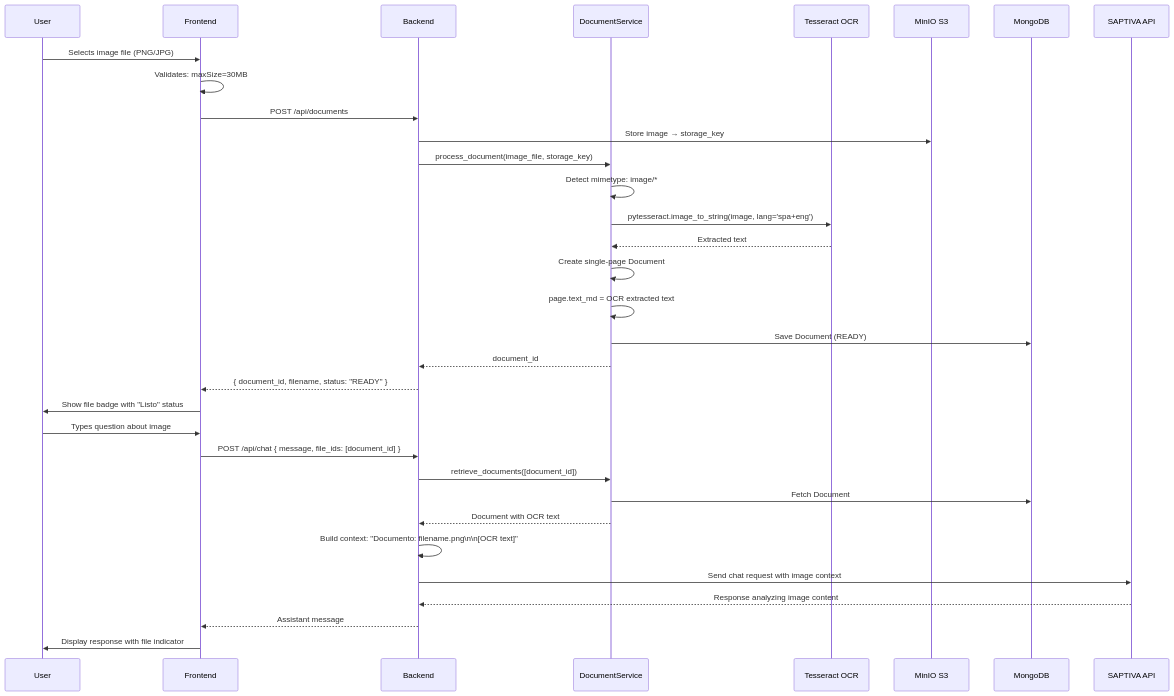
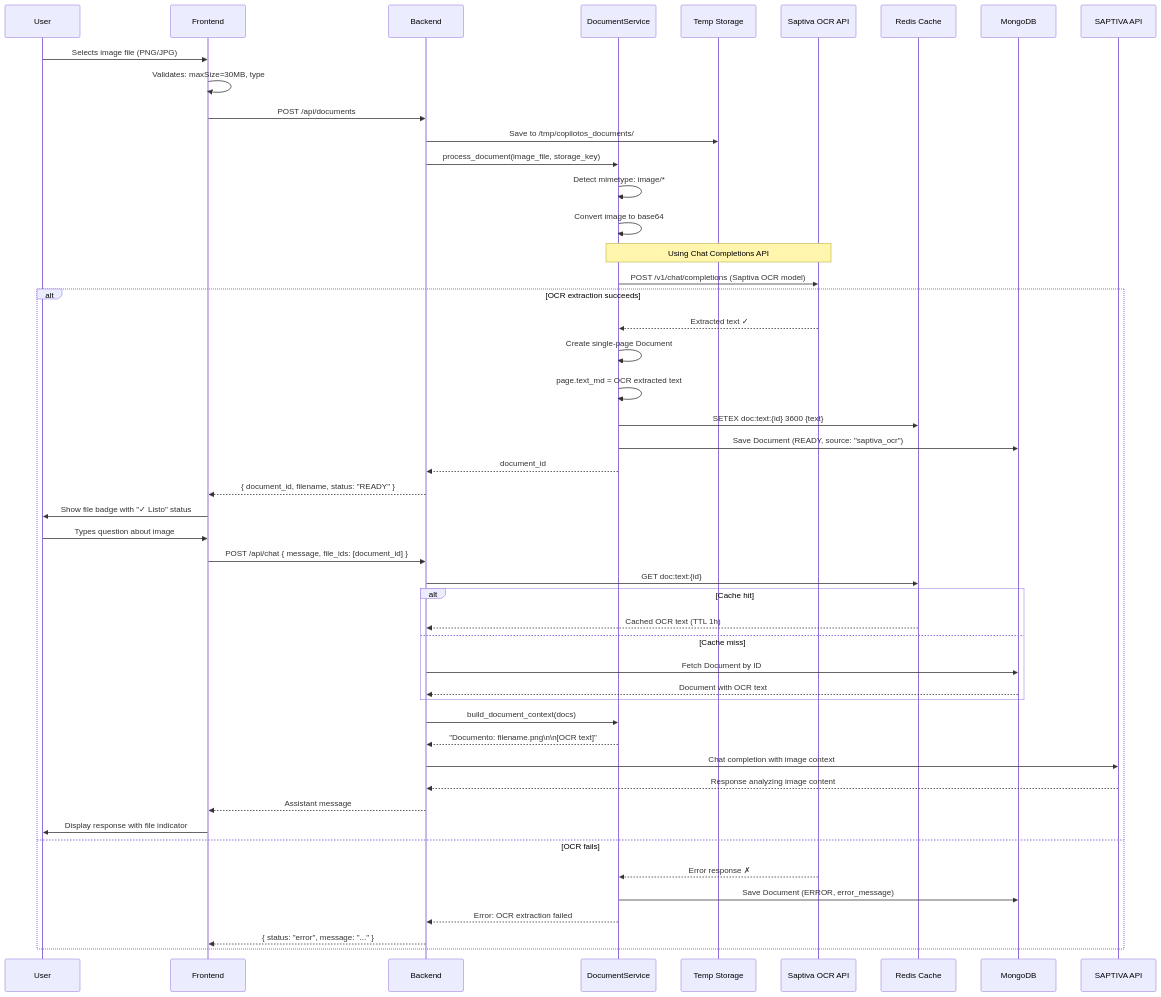
Before and after one commit to saptiva-ai/copilotos-bridge: the third of 3 diagrams in apps/api/README.md, drawn with Mermaid. The commit also changed other lines of this file and 47 other files, not shown here.

First line of the commit message:
docs: update architecture diagrams with Saptiva extraction strategy

````diff
--- a/apps/api/README.md
+++ b/apps/api/README.md
@@ -157,45 +178,62 @@
 ```mermaid
 sequenceDiagram
     participant U as User
     participant F as Frontend
     participant API as Backend
     participant DS as DocumentService
-    participant OCR as Tesseract OCR
-    participant Minio as MinIO S3
+    participant TempFS as Temp Storage
+    participant OCR as Saptiva OCR API
+    participant Cache as Redis Cache
     participant DB as MongoDB
     participant LLM as SAPTIVA API
 
     U->>F: Selects image file (PNG/JPG)
-    F->>F: Validates: maxSize=30MB
+    F->>F: Validates: maxSize=30MB, type
     F->>API: POST /api/documents
 
-    API->>Minio: Store image → storage_key
+    API->>TempFS: Save to /tmp/copilotos_documents/
     API->>DS: process_document(image_file, storage_key)
 
     DS->>DS: Detect mimetype: image/*
-    DS->>OCR: pytesseract.image_to_string(image, lang='spa+eng')
-    OCR-->>DS: Extracted text
+    DS->>DS: Convert image to base64
 
-    DS->>DS: Create single-page Document
-    DS->>DS: page.text_md = OCR extracted text
-    DS->>DB: Save Document (READY)
+    Note over DS,OCR: Using Chat Completions API
+    DS->>OCR: POST /v1/chat/completions (Saptiva OCR model)
 
-    DS-->>API: document_id
-    API-->>F: { document_id, filename, status: "READY" }
+    alt OCR extraction succeeds
+        OCR-->>DS: Extracted text ✓
+        DS->>DS: Create single-page Document
+        DS->>DS: page.text_md = OCR extracted text
+        DS->>Cache: SETEX doc:text:{id} 3600 {text}
+        DS->>DB: Save Document (READY, source: "saptiva_ocr")
 
-    F->>U: Show file badge with "Listo" status
+        DS-->>API: document_id
+        API-->>F: { document_id, filename, status: "READY" }
+        F->>U: Show file badge with "✓ Listo" status
 
-    U->>F: Types question about image
-    F->>API: POST /api/chat { message, file_ids: [document_id] }
+        U->>F: Types question about image
+        F->>API: POST /api/chat { message, file_ids: [document_id] }
 
-    API->>DS: retrieve_documents([document_id])
-    DS->>DB: Fetch Document
-    DS-->>API: Document with OCR text
+        API->>Cache: GET doc:text:{id}
+        alt Cache hit
+            Cache-->>API: Cached OCR text (TTL 1h)
+        else Cache miss
+            API->>DB: Fetch Document by ID
+            DB-->>API: Document with OCR text
+        end
 
-    API->>API: Build context: "Documento: filename.png\n\n[OCR text]"
-    API->>LLM: Send chat request with image context
-    LLM-->>API: Response analyzing image content
+        API->>DS: build_document_context(docs)
+        DS-->>API: "Documento: filename.png\n\n[OCR text]"
 
-    API-->>F: Assistant message
-    F->>U: Display response with file indicator
+        API->>LLM: Chat completion with image context
+        LLM-->>API: Response analyzing image content
+
+        API-->>F: Assistant message
+        F->>U: Display response with file indicator
+    else OCR fails
+        OCR-->>DS: Error response ✗
+        DS->>DB: Save Document (ERROR, error_message)
+        DS-->>API: Error: OCR extraction failed
+        API-->>F: { status: "error", message: "..." }
+    end
 ```
````
